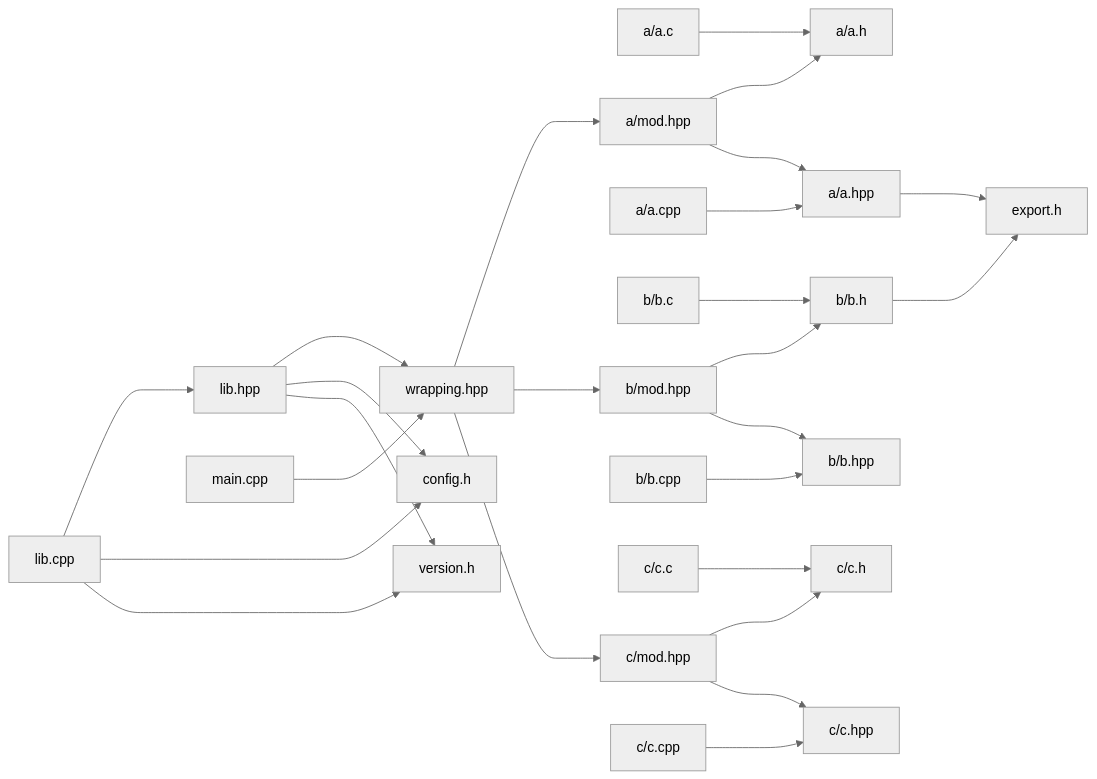
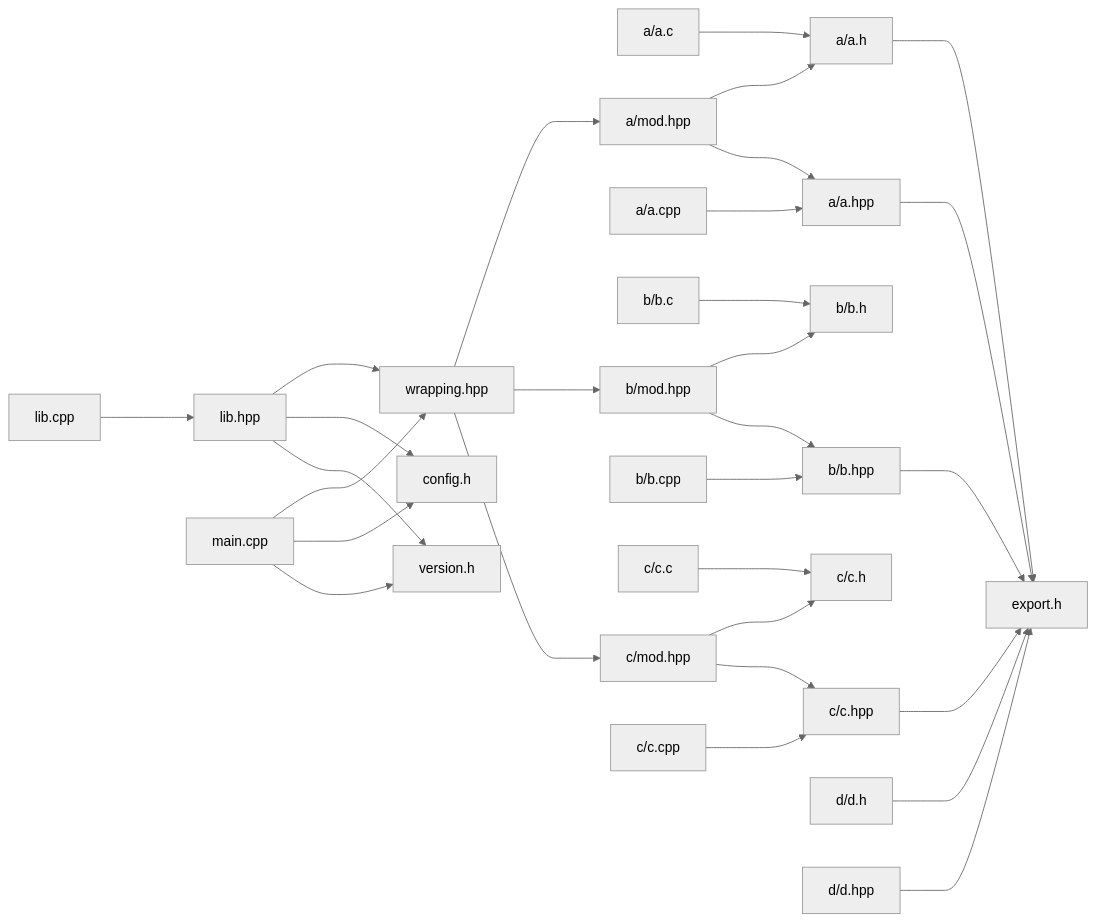
One commit to ascpkg/asc changed the diagram in test_c_cpp/flowchart.md. Above: the diagram before and after it, drawn with Mermaid (neutral theme). The commit also changed 11 other files, not shown here.

````diff
--- a/test_c_cpp/flowchart.md
+++ b/test_c_cpp/flowchart.md
@@ -1,27 +1,31 @@
 ```mermaid
 flowchart LR;
     a/a.c ---> a/a.h;
     a/mod.hpp ---> a/a.h;
     a/a.cpp ---> a/a.hpp;
     a/mod.hpp ---> a/a.hpp;
     wrapping.hpp ---> a/mod.hpp;
     b/b.c ---> b/b.h;
     b/mod.hpp ---> b/b.h;
     b/b.cpp ---> b/b.hpp;
     b/mod.hpp ---> b/b.hpp;
     wrapping.hpp ---> b/mod.hpp;
     c/c.c ---> c/c.h;
     c/mod.hpp ---> c/c.h;
     c/c.cpp ---> c/c.hpp;
     c/mod.hpp ---> c/c.hpp;
     wrapping.hpp ---> c/mod.hpp;
+    a/a.h ---> export.h;
     a/a.hpp ---> export.h;
-    b/b.h ---> export.h;
+    b/b.hpp ---> export.h;
+    c/c.hpp ---> export.h;
+    d/d.h ---> export.h;
+    d/d.hpp ---> export.h;
     lib.cpp ---> lib.hpp;
     lib.hpp ---> wrapping.hpp;
     main.cpp ---> wrapping.hpp;
-    lib.cpp ---> config.h;
     lib.hpp ---> config.h;
-    lib.cpp ---> version.h;
+    main.cpp ---> config.h;
     lib.hpp ---> version.h;
+    main.cpp ---> version.h;
 ```
````
